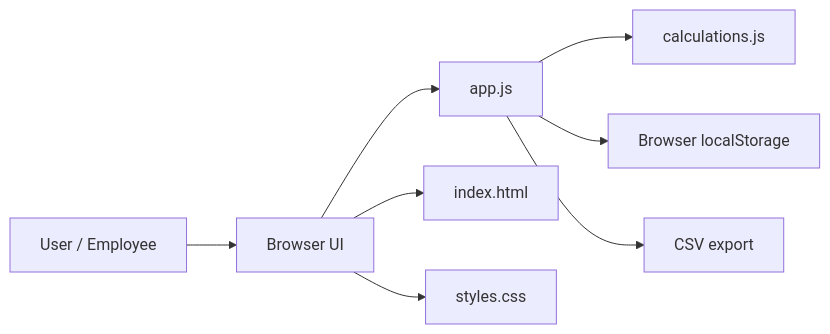
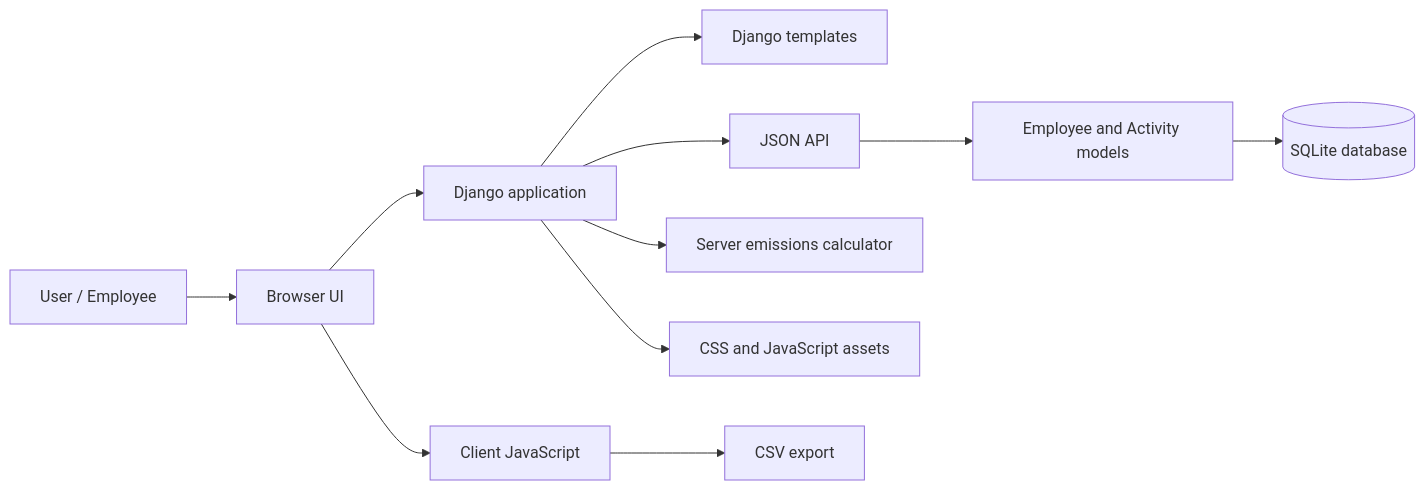
Before and after one commit to jkleecloud/hackcarbonapp: the first of 8 diagrams in ARCHITECTURE.md, drawn with Mermaid. The commit also changed other lines of this file and 37 other files, not shown here.

````diff
--- a/ARCHITECTURE.md
+++ b/ARCHITECTURE.md
@@ -18,10 +19,13 @@
 ```mermaid
 flowchart LR
     User[User / Employee] --> Browser[Browser UI]
-    Browser --> App[app.js]
-    App --> Calc[calculations.js]
-    App --> Storage[Browser localStorage]
-    App --> Export[CSV export]
-    Browser --> View[index.html]
-    Browser --> Style[styles.css]
+    Browser --> Django[Django application]
+    Django --> Templates[Django templates]
+    Django --> API[JSON API]
+    API --> Models[Employee and Activity models]
+    Models --> DB[(SQLite database)]
+    Django --> Calc[Server emissions calculator]
+    Browser --> JS[Client JavaScript]
+    JS --> Export[CSV export]
+    Django --> Static[CSS and JavaScript assets]
 ```
````
